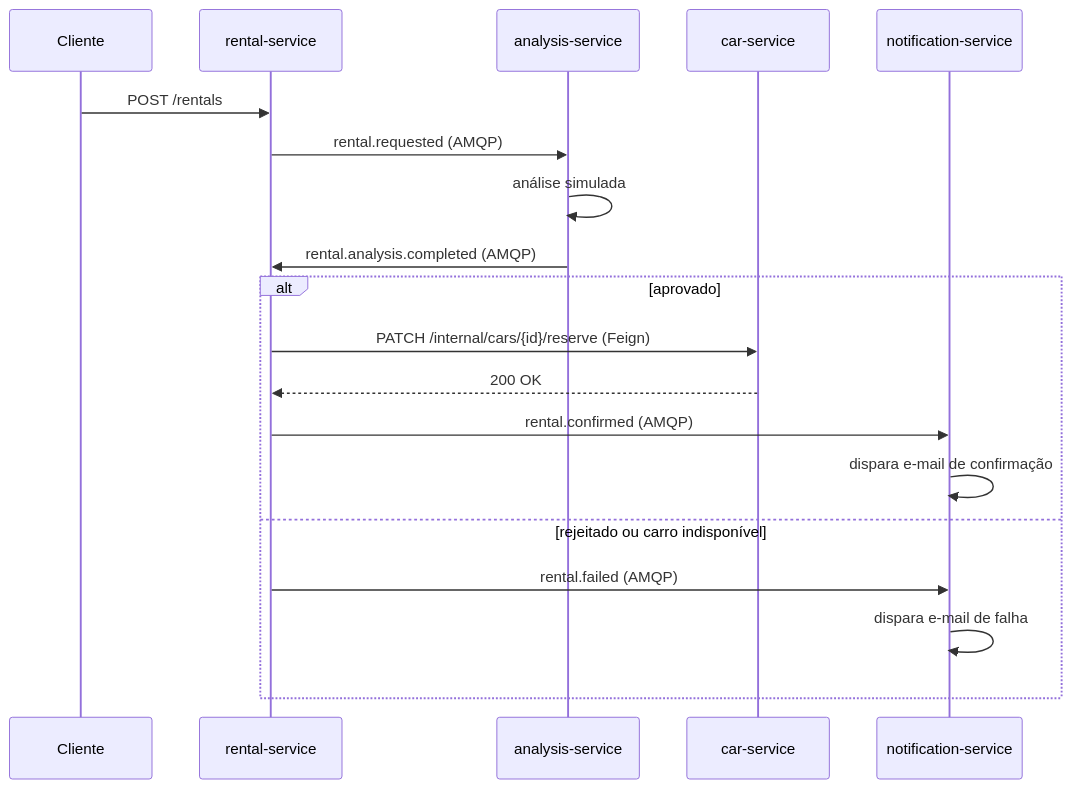
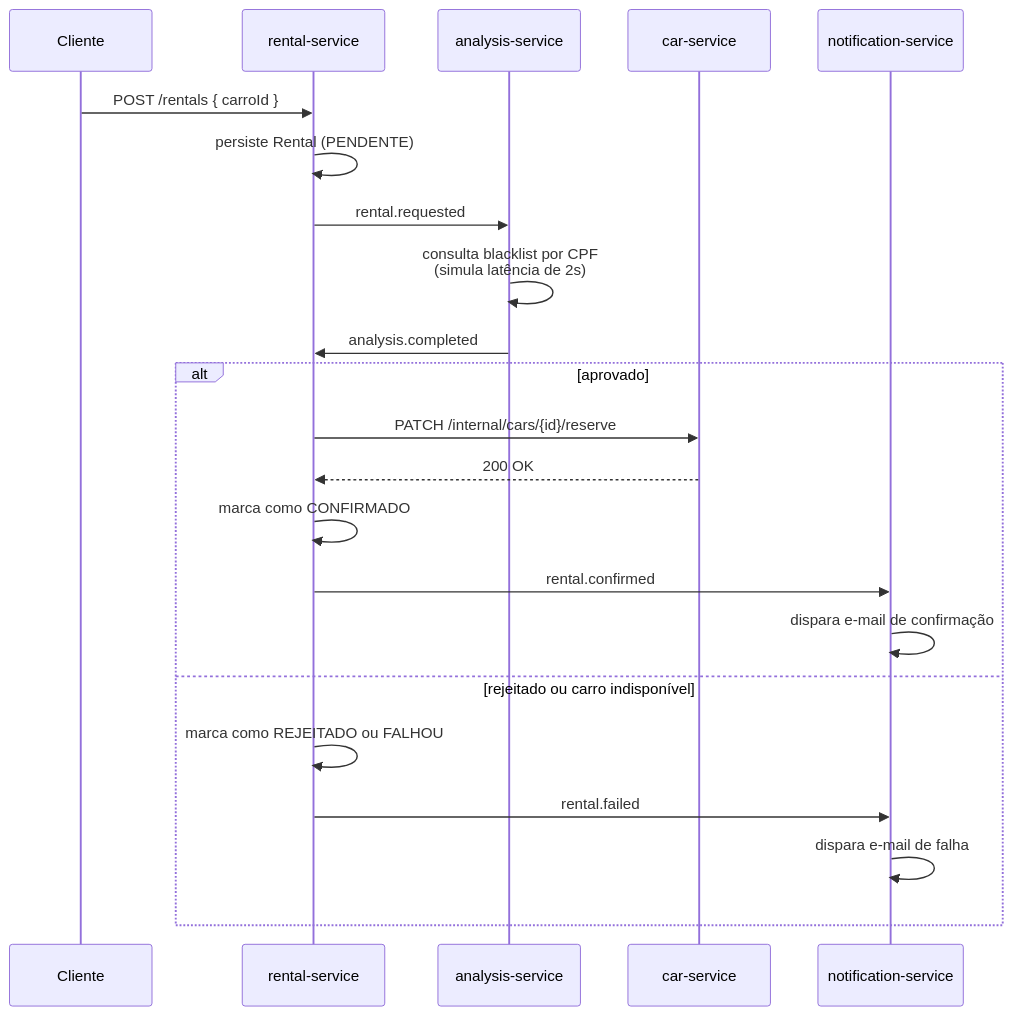
Before and after one commit to GabrielTiziano/rabbitride: the second of 2 diagrams in README.md, drawn with Mermaid. The commit also changed other lines of this file and 2 other files, not shown here.

````diff
--- a/README.md
+++ b/README.md
@@ -37,23 +89,26 @@
 ```mermaid
 sequenceDiagram
     participant Cliente
     participant RS as rental-service
     participant AS as analysis-service
     participant CS as car-service
     participant NS as notification-service
 
-    Cliente->>RS: POST /rentals
-    RS->>AS: rental.requested (AMQP)
-    AS->>AS: análise simulada
-    AS->>RS: rental.analysis.completed (AMQP)
+    Cliente->>RS: POST /rentals { carroId }
+    RS->>RS: persiste Rental (PENDENTE)
+    RS->>AS: rental.requested
+    AS->>AS: consulta blacklist por CPF<br/>(simula latência de 2s)
+    AS->>RS: analysis.completed
 
     alt aprovado
-        RS->>CS: PATCH /internal/cars/{id}/reserve (Feign)
+        RS->>CS: PATCH /internal/cars/{id}/reserve
         CS-->>RS: 200 OK
-        RS->>NS: rental.confirmed (AMQP)
+        RS->>RS: marca como CONFIRMADO
+        RS->>NS: rental.confirmed
         NS->>NS: dispara e-mail de confirmação
     else rejeitado ou carro indisponível
-        RS->>NS: rental.failed (AMQP)
+        RS->>RS: marca como REJEITADO ou FALHOU
+        RS->>NS: rental.failed
         NS->>NS: dispara e-mail de falha
     end
 ```
````
